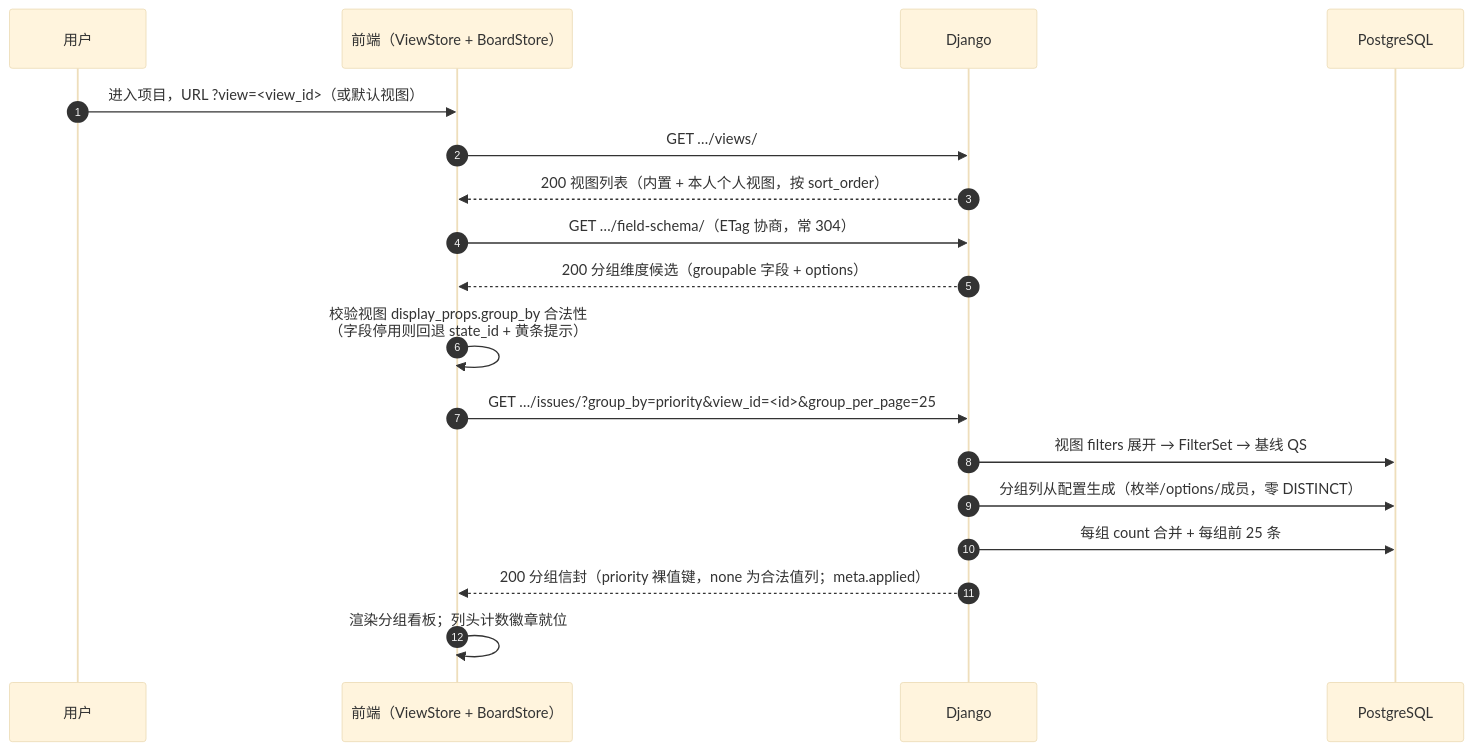
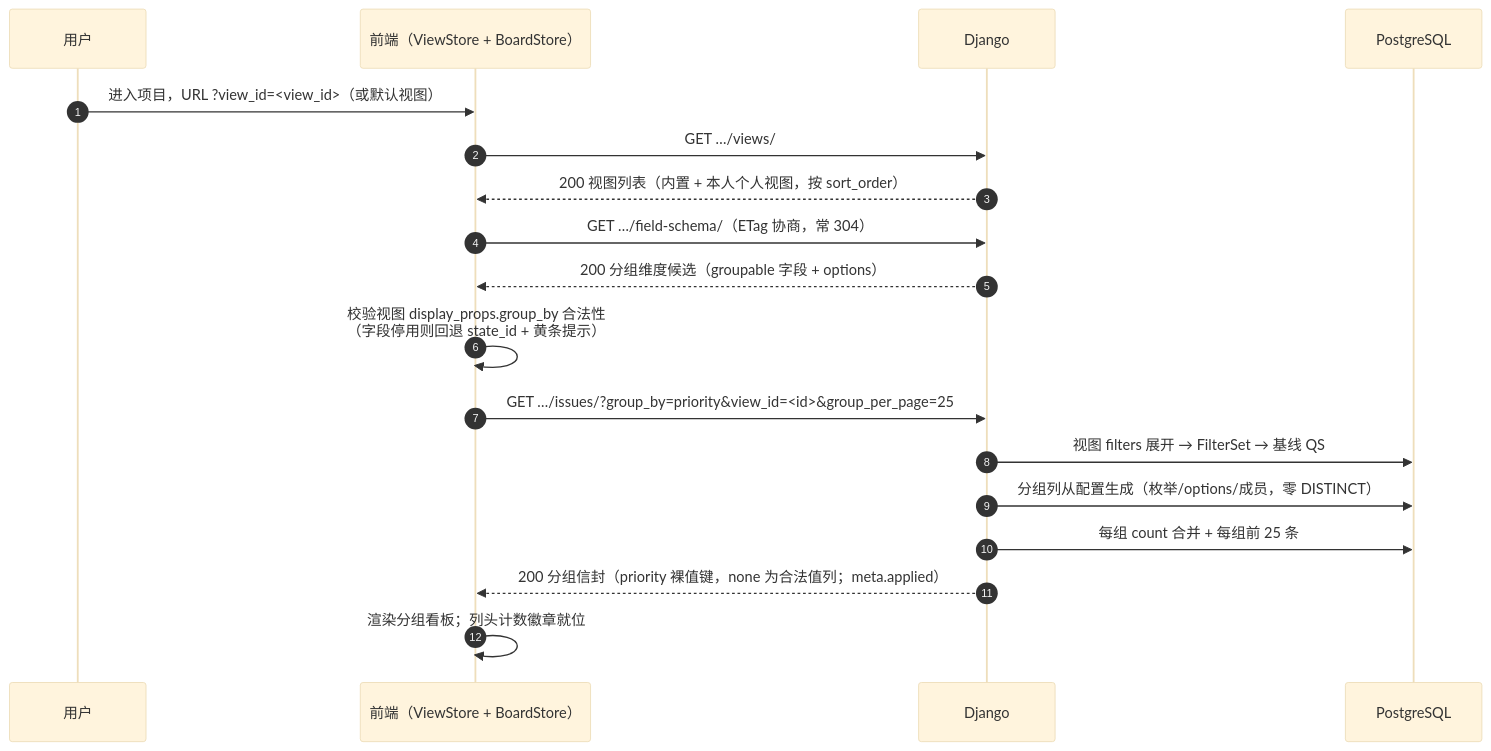
One commit to RabbitAI-Lab/RabbitProjects changed the second of 3 diagrams in docs/sprint-3-views-collab/BOARD-003-multi-kanban.md. Above: the diagram before and after it, drawn with Mermaid (base theme). The commit also changed other lines of this file and 9 other files, not shown here.

````diff
--- a/docs/sprint-3-views-collab/BOARD-003-multi-kanban.md
+++ b/docs/sprint-3-views-collab/BOARD-003-multi-kanban.md
@@ -129,21 +129,21 @@
 ```mermaid
 sequenceDiagram
     autonumber
     participant U as 用户
     participant FE as 前端（ViewStore + BoardStore）
     participant API as Django
     participant PG as PostgreSQL
 
-    U->>FE: 进入项目，URL ?view=<view_id>（或默认视图）
+    U->>FE: 进入项目，URL ?view_id=<view_id>（或默认视图）
     FE->>API: GET …/views/
     API-->>FE: 200 视图列表（内置 + 本人个人视图，按 sort_order）
     FE->>API: GET …/field-schema/（ETag 协商，常 304）
     API-->>FE: 200 分组维度候选（groupable 字段 + options）
     FE->>FE: 校验视图 display_props.group_by 合法性<br/>（字段停用则回退 state_id + 黄条提示）
     FE->>API: GET …/issues/?group_by=priority&view_id=<id>&group_per_page=25
     API->>PG: 视图 filters 展开 → FilterSet → 基线 QS
     API->>PG: 分组列从配置生成（枚举/options/成员，零 DISTINCT）
     API->>PG: 每组 count 合并 + 每组前 25 条
     API-->>FE: 200 分组信封（priority 裸值键，none 为合法值列；meta.applied）
     FE->>FE: 渲染分组看板；列头计数徽章就位
 ```
````
